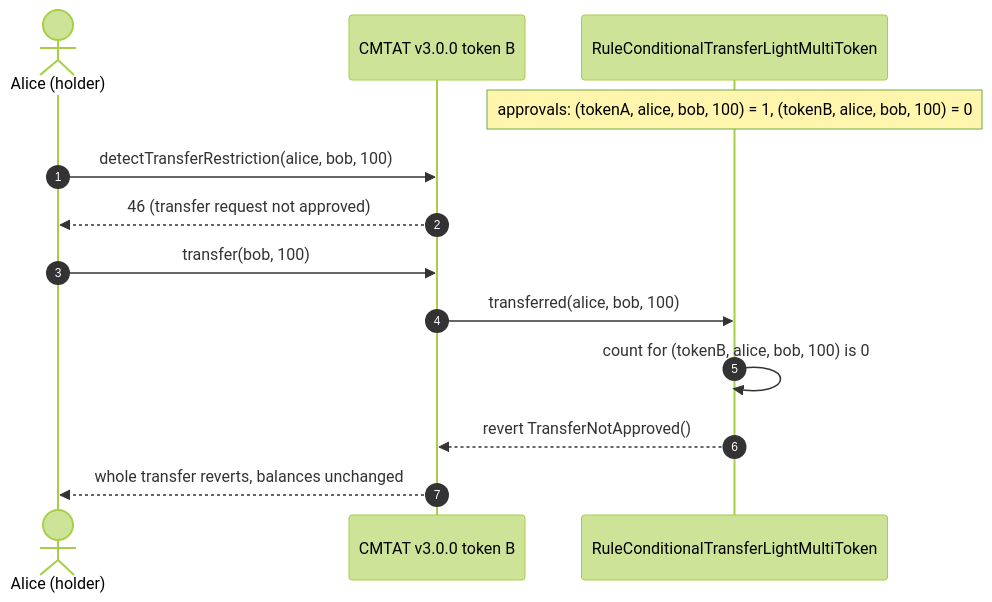
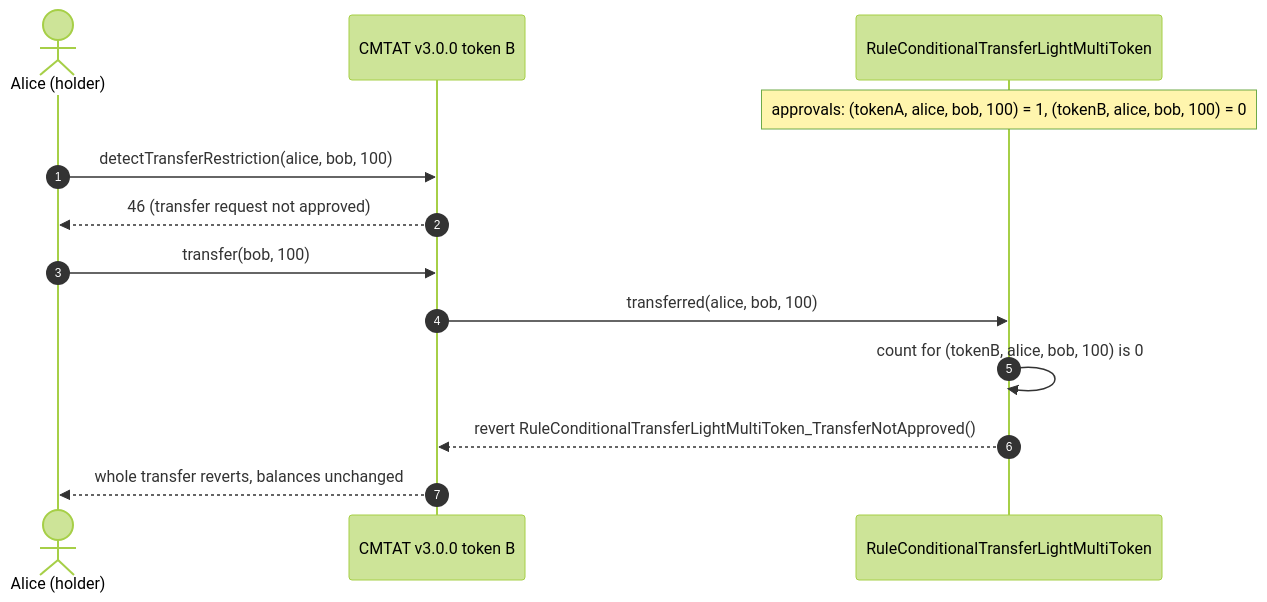
Before and after one commit to CMTA/Rules: the sixth of 8 diagrams in doc/technical/guides/DEPLOY_RULE_CONDITIONAL_TRANSFER_LIGHT_MULTI_TOKEN_CMTAT_V3.0.0.md, drawn with Mermaid (forest theme). The commit also changed other lines of this file and 79 other files, not shown here.

````diff
--- a/doc/technical/guides/DEPLOY_RULE_CONDITIONAL_TRANSFER_LIGHT_MULTI_TOKEN_CMTAT_V3.0.0.md
+++ b/doc/technical/guides/DEPLOY_RULE_CONDITIONAL_TRANSFER_LIGHT_MULTI_TOKEN_CMTAT_V3.0.0.md
@@ -242,16 +242,16 @@
 ```mermaid
 sequenceDiagram
     autonumber
     actor Alice as Alice (holder)
     participant TokenB as CMTAT v3.0.0 token B
     participant Rule as RuleConditionalTransferLightMultiToken
 
     Note over Rule: approvals: (tokenA, alice, bob, 100) = 1, (tokenB, alice, bob, 100) = 0
     Alice->>TokenB: detectTransferRestriction(alice, bob, 100)
     TokenB-->>Alice: 46 (transfer request not approved)
     Alice->>TokenB: transfer(bob, 100)
     TokenB->>Rule: transferred(alice, bob, 100)
     Rule->>Rule: count for (tokenB, alice, bob, 100) is 0
-    Rule-->>TokenB: revert TransferNotApproved()
+    Rule-->>TokenB: revert RuleConditionalTransferLightMultiToken_TransferNotApproved()
     TokenB-->>Alice: whole transfer reverts, balances unchanged
 ```
````
